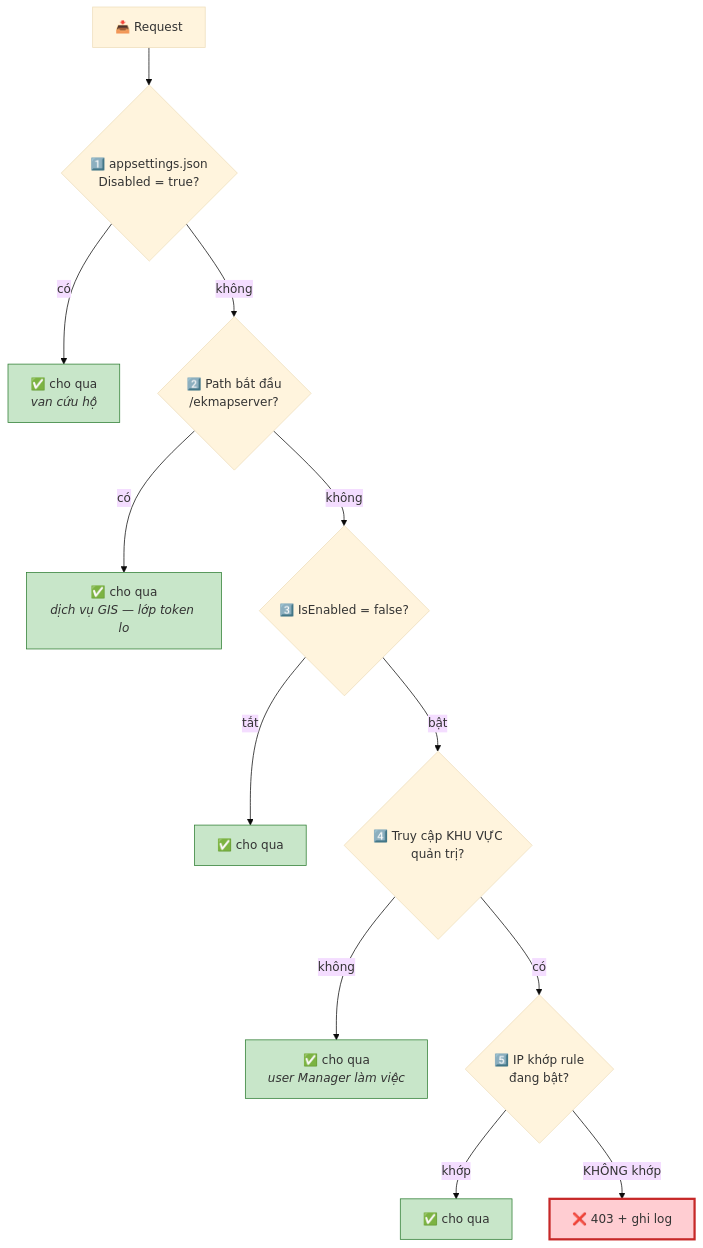
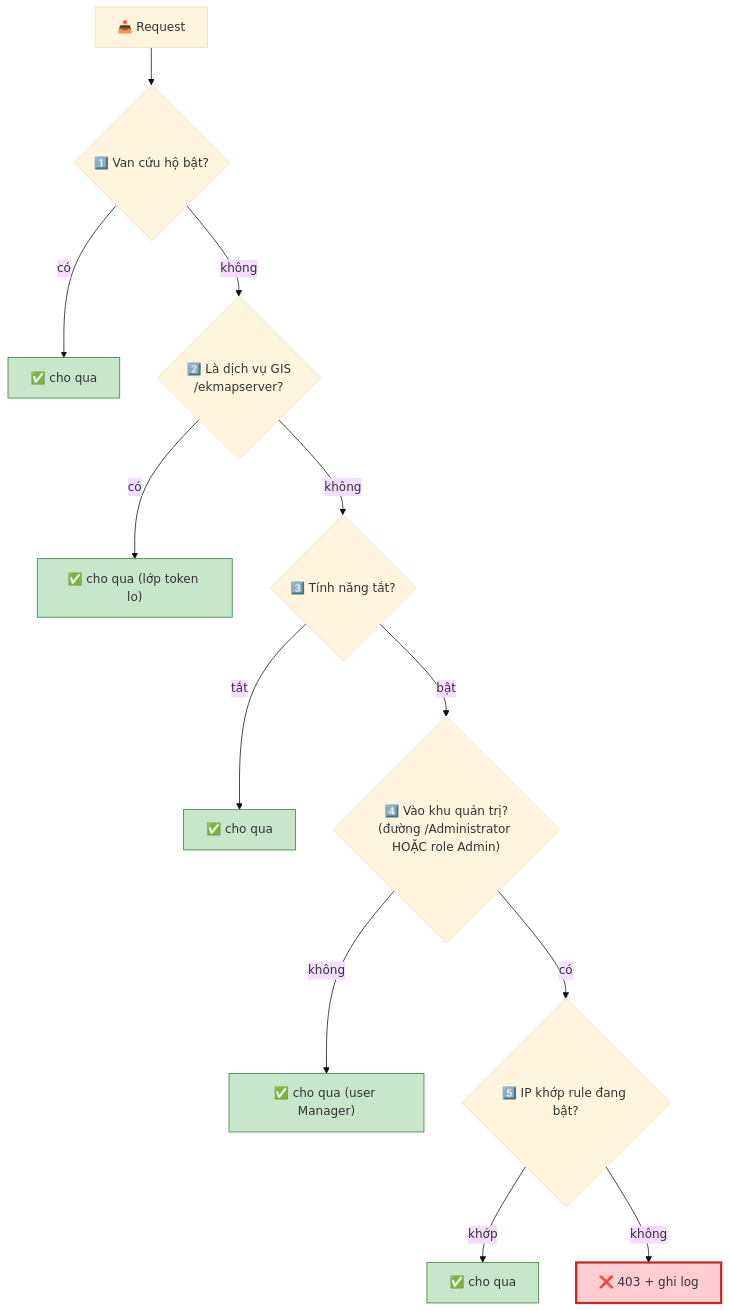
Before and after one commit to giangvanhung/mkdocs-antoanbaomat-ekmapserver: the third of 5 diagrams in docs/admin-ip-restriction-feature.md, drawn with Mermaid (base theme). The commit also changed other lines of this file and 6 other files, not shown here.

````diff
--- a/docs/admin-ip-restriction-feature.md
+++ b/docs/admin-ip-restriction-feature.md
@@ -271,21 +59,21 @@
 ```mermaid
 flowchart TD
-    R["📥 Request"] --> G1{"1️⃣ appsettings.json<br/>Disabled = true?"}
-    G1 -->|"có"| P1["✅ cho qua<br/><i>van cứu hộ</i>"]
-    G1 -->|"không"| G2{"2️⃣ Path bắt đầu<br/>/ekmapserver?"}
-    G2 -->|"có"| P2["✅ cho qua<br/><i>dịch vụ GIS — lớp token lo</i>"]
-    G2 -->|"không"| G3{"3️⃣ IsEnabled = false?"}
+    R["📥 Request"] --> G1{"1️⃣ Van cứu hộ bật?"}
+    G1 -->|"có"| P1["✅ cho qua"]
+    G1 -->|"không"| G2{"2️⃣ Là dịch vụ GIS<br/>/ekmapserver?"}
+    G2 -->|"có"| P2["✅ cho qua (lớp token lo)"]
+    G2 -->|"không"| G3{"3️⃣ Tính năng tắt?"}
     G3 -->|"tắt"| P3["✅ cho qua"]
-    G3 -->|"bật"| G4{"4️⃣ Truy cập KHU VỰC<br/>quản trị?"}
-    G4 -->|"không"| P4["✅ cho qua<br/><i>user Manager làm việc</i>"]
-    G4 -->|"có"| G5{"5️⃣ IP khớp rule<br/>đang bật?"}
+    G3 -->|"bật"| G4{"4️⃣ Vào khu quản trị?<br/>(đường /Administrator HOẶC role Admin)"}
+    G4 -->|"không"| P4["✅ cho qua (user Manager)"]
+    G4 -->|"có"| G5{"5️⃣ IP khớp rule đang bật?"}
     G5 -->|"khớp"| P5["✅ cho qua"]
-    G5 -->|"KHÔNG khớp"| D["❌ 403 + ghi log"]
+    G5 -->|"không"| D["❌ 403 + ghi log"]
 
     style D fill:#ffcdd2,stroke:#c62828,stroke-width:3px
     style P1 fill:#c8e6c9,stroke:#2e7d32
     style P2 fill:#c8e6c9,stroke:#2e7d32
     style P3 fill:#c8e6c9,stroke:#2e7d32
     style P4 fill:#c8e6c9,stroke:#2e7d32
     style P5 fill:#c8e6c9,stroke:#2e7d32
 ```
````
